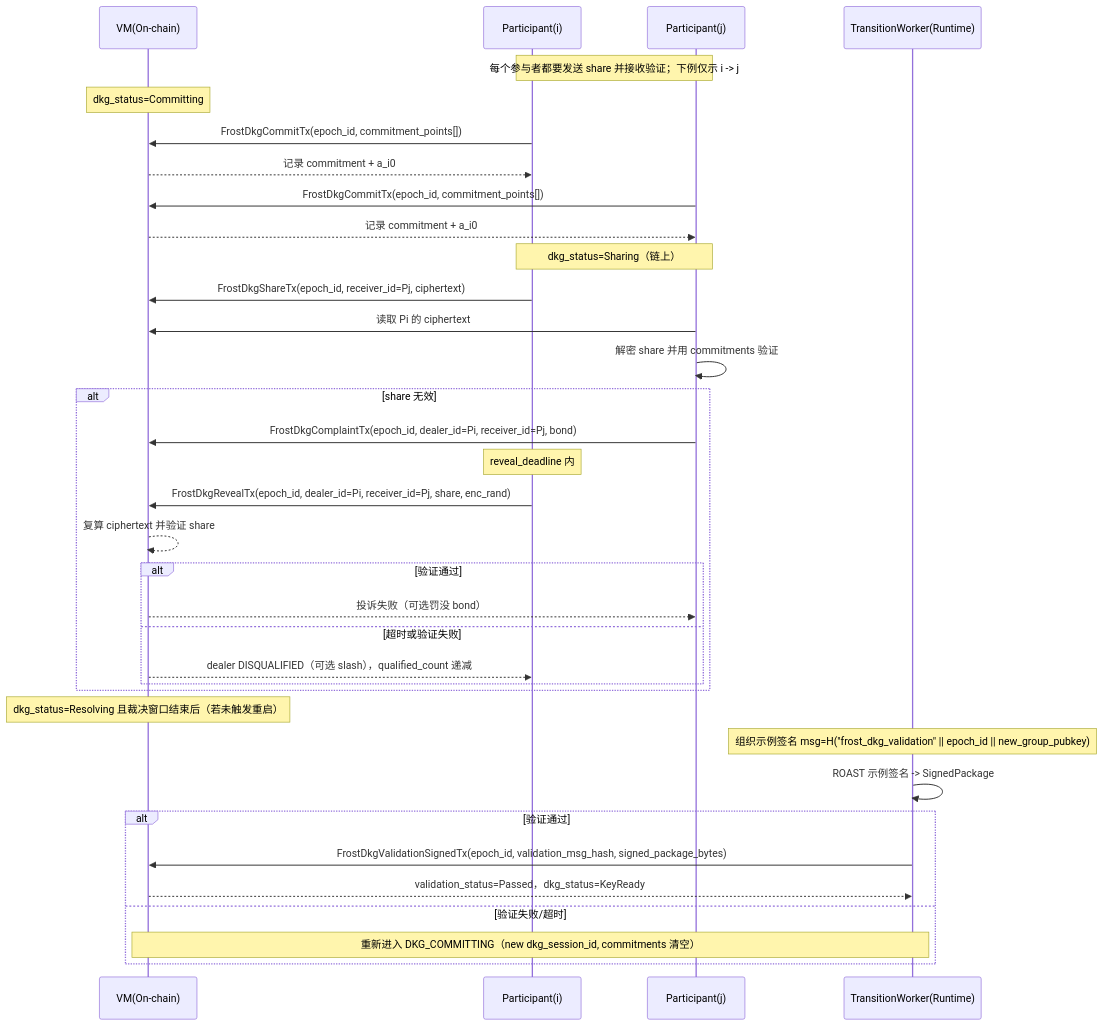
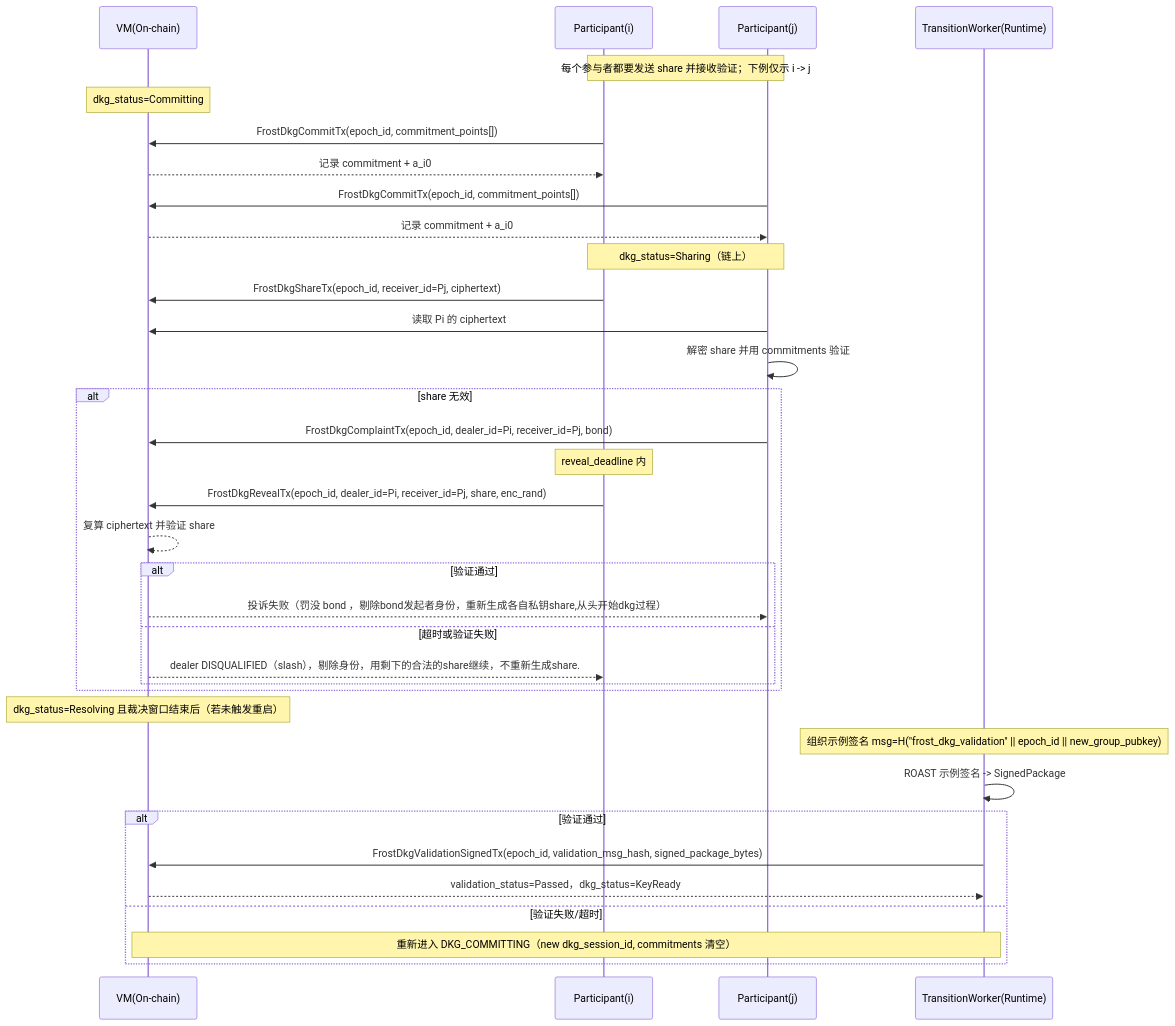
One commit to davidLeeeeeeeeeeee/dex changed the seventh of 8 diagrams in frost/design.md. Above: the diagram before and after it, drawn with Mermaid.

````diff
--- a/frost/design.md
+++ b/frost/design.md
@@ -803,42 +803,42 @@
 ```mermaid
 sequenceDiagram
   participant CH as VM(On-chain)
   participant Pi as Participant(i)
   participant Pj as Participant(j)
   participant TW as TransitionWorker(Runtime)
 
   Note over Pi,Pj: 每个参与者都要发送 share 并接收验证；下例仅示 i -> j
   Note over CH: dkg_status=Committing
   Pi->>CH: FrostDkgCommitTx(epoch_id, commitment_points[])
   CH-->>Pi: 记录 commitment + a_i0
   Pj->>CH: FrostDkgCommitTx(epoch_id, commitment_points[])
   CH-->>Pj: 记录 commitment + a_i0
 
   Note over Pi,Pj: dkg_status=Sharing（链上）
   Pi->>CH: FrostDkgShareTx(epoch_id, receiver_id=Pj, ciphertext)
   Pj->>CH: 读取 Pi 的 ciphertext
   Pj->>Pj: 解密 share 并用 commitments 验证
 
   alt share 无效
     Pj->>CH: FrostDkgComplaintTx(epoch_id, dealer_id=Pi, receiver_id=Pj, bond)
     Note over Pi: reveal_deadline 内
     Pi->>CH: FrostDkgRevealTx(epoch_id, dealer_id=Pi, receiver_id=Pj, share, enc_rand)
     CH-->>CH: 复算 ciphertext 并验证 share
     alt 验证通过
-      CH-->>Pj: 投诉失败（可选罚没 bond）
+      CH-->>Pj: 投诉失败（罚没 bond ，剔除bond发起者身份，重新生成各自私钥share,从头开始dkg过程）
     else 超时或验证失败
-      CH-->>Pi: dealer DISQUALIFIED（可选 slash），qualified_count 递减
+      CH-->>Pi: dealer DISQUALIFIED（slash），剔除身份，用剩下的合法的share继续，不重新生成share.
     end
   end
 
   Note over CH: dkg_status=Resolving 且裁决窗口结束后（若未触发重启）
   Note over TW: 组织示例签名 msg=H("frost_dkg_validation" || epoch_id || new_group_pubkey)
   TW->>TW: ROAST 示例签名 -> SignedPackage
 
   alt 验证通过
     TW->>CH: FrostDkgValidationSignedTx(epoch_id, validation_msg_hash, signed_package_bytes)
     CH-->>TW: validation_status=Passed，dkg_status=KeyReady
   else 验证失败/超时
     Note over CH,TW: 重新进入 DKG_COMMITTING（new dkg_session_id, commitments 清空）
   end
 ```
````
